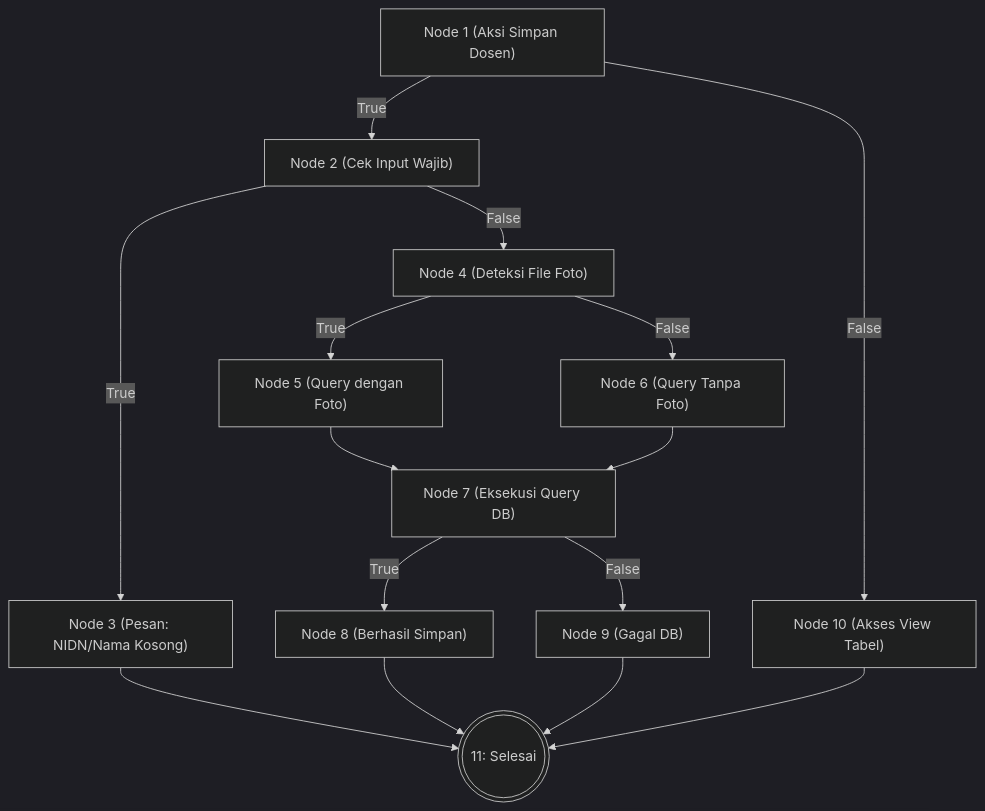
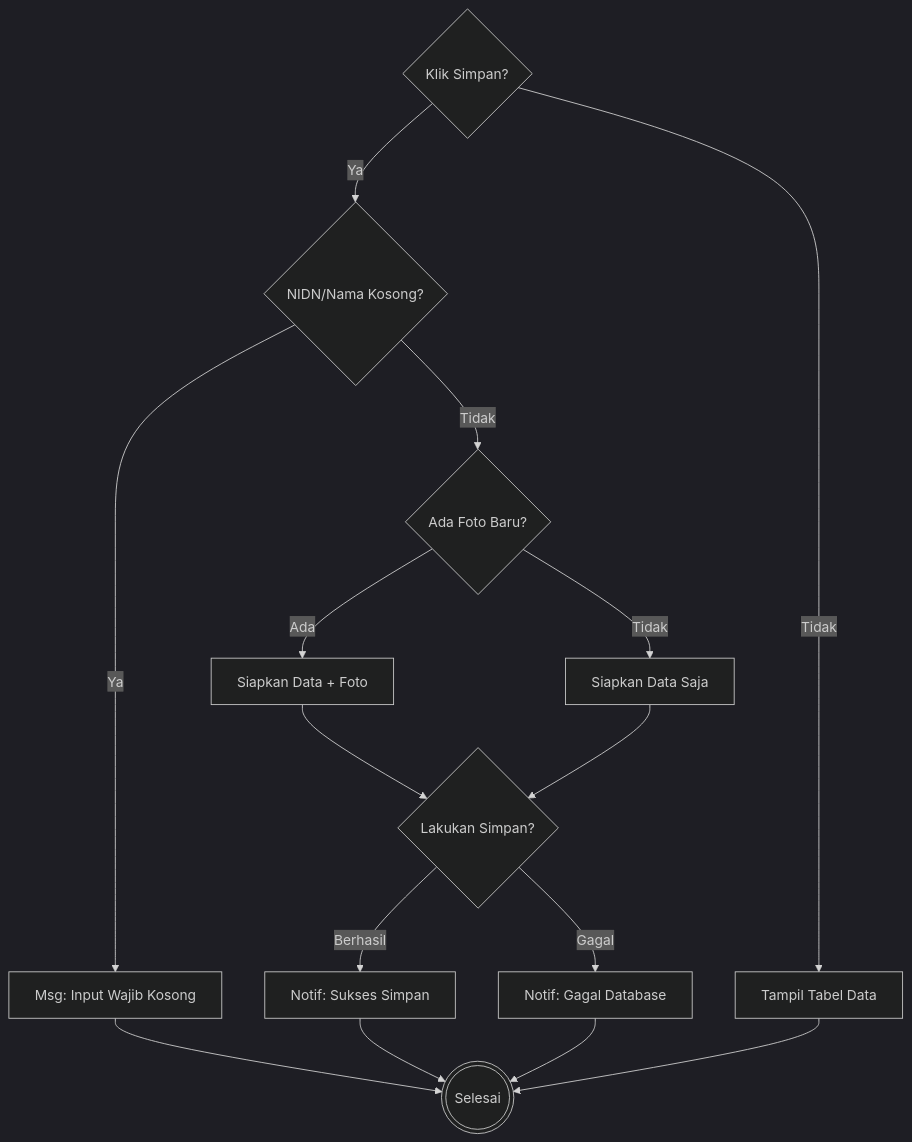
One commit to arbain-dev/Web_fikom changed the fifth of 6 diagrams in docs/07_PENGUJIAN_WHITE_BOX.md. Above: the diagram before and after it, drawn with Mermaid (dark theme). The commit also changed other lines of this file, not shown here.

Commit message:
Simplify Flowchart labels for better readability

````diff
--- a/docs/07_PENGUJIAN_WHITE_BOX.md
+++ b/docs/07_PENGUJIAN_WHITE_BOX.md
@@ -190,22 +190,22 @@
 ```mermaid
 flowchart TD
-    1["Node 1 (Aksi Simpan Dosen)"] -->|True| 2["Node 2 (Cek Input Wajib)"]
-    1 -->|False| 10["Node 10 (Akses View Tabel)"]
+    1{Klik Simpan?} -->|Ya| 2{NIDN/Nama Kosong?}
+    1 -->|Tidak| 10[Tampil Tabel Data]
     
-    2 -->|True| 3["Node 3 (Pesan: NIDN/Nama Kosong)"]
-    2 -->|False| 4["Node 4 (Deteksi File Foto)"]
+    2 -->|Ya| 3[Msg: Input Wajib Kosong]
+    2 -->|Tidak| 4{Ada Foto Baru?}
     
-    4 -->|True| 5["Node 5 (Query dengan Foto)"]
-    4 -->|False| 6["Node 6 (Query Tanpa Foto)"]
+    4 -->|Ada| 5[Siapkan Data + Foto]
+    4 -->|Tidak| 6[Siapkan Data Saja]
     
-    5 --> 7["Node 7 (Eksekusi Query DB)"]
+    5 --> 7{Lakukan Simpan?}
     6 --> 7
     
-    7 -->|True| 8["Node 8 (Berhasil Simpan)"]
-    7 -->|False| 9["Node 9 (Gagal DB)"]
+    7 -->|Berhasil| 8[Notif: Sukses Simpan]
+    7 -->|Gagal| 9[Notif: Gagal Database]
     
-    3 --> 11(((11: Selesai)))
+    3 --> 11(((Selesai)))
     8 --> 11
     9 --> 11
     10 --> 11
 ```
````
